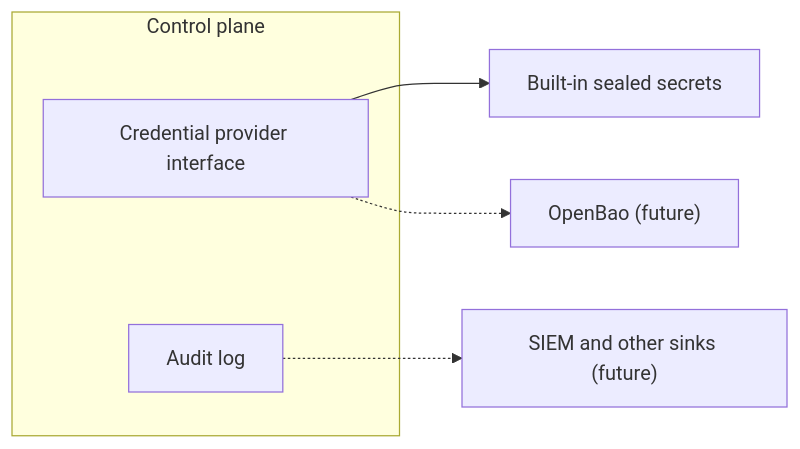
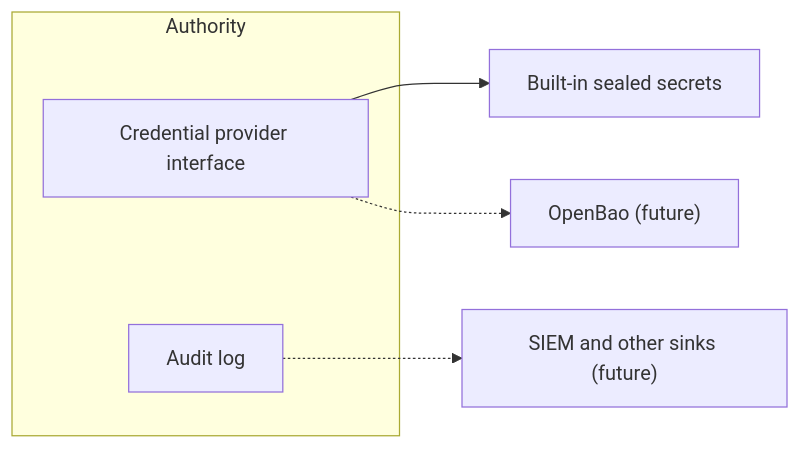
One commit to tidegate-dev/enhancements changed the sixth of 6 diagrams in teps/0002-architecture/README.md. Above: the diagram before and after it, drawn with Mermaid. The commit also changed other lines of this file, not shown here.

First line of the commit message:
docs: rename the control plane to the authority in TEP-0002 (#9)

````diff
--- a/teps/0002-architecture/README.md
+++ b/teps/0002-architecture/README.md
@@ -315,10 +315,10 @@
 ```mermaid
 flowchart LR
-    subgraph cp["Control plane"]
+    subgraph au["Authority"]
         broker["Credential provider interface"]
         audit["Audit log"]
     end
     broker --> builtin["Built-in sealed secrets"]
     broker -.-> bao["OpenBao (future)"]
     audit -.-> siem["SIEM and other sinks (future)"]
 ```
````
